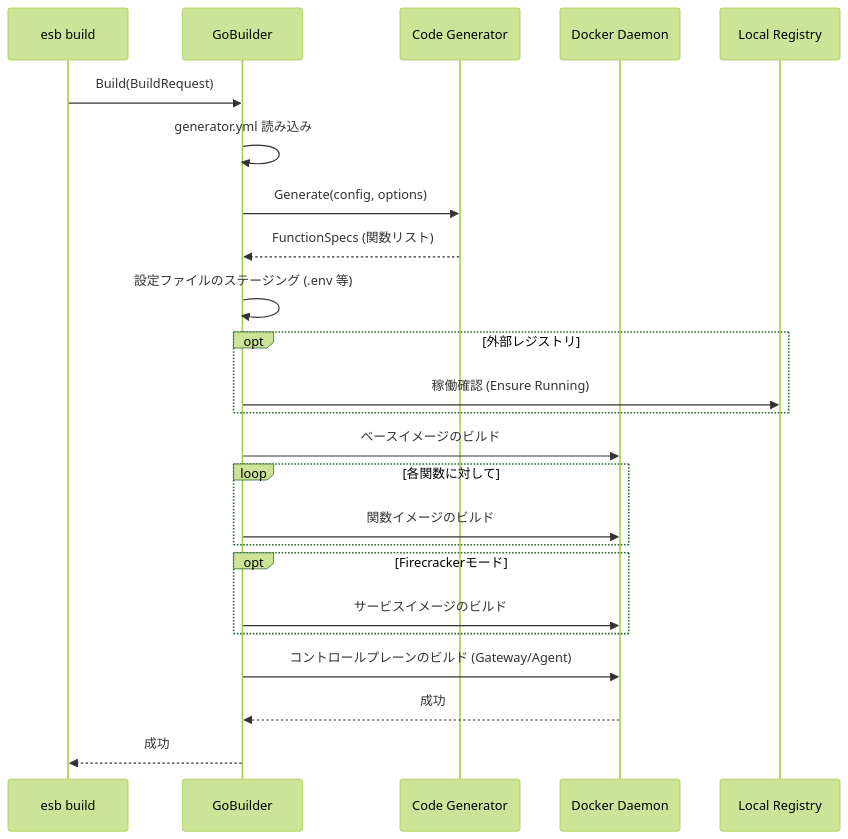
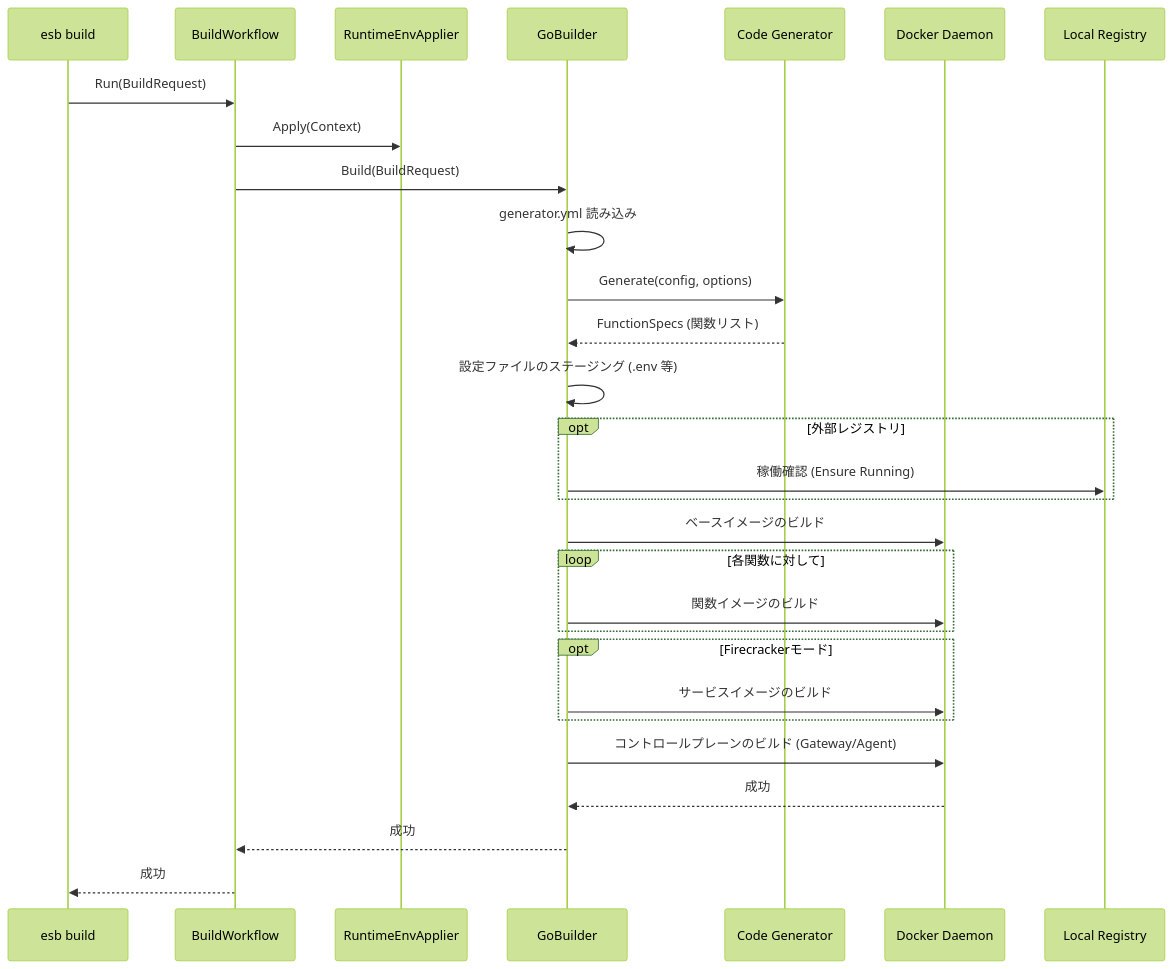
Before and after one commit to poruru-code/esb-cli: the diagram in docs/build.md, drawn with Mermaid (forest theme). The commit also changed other lines of this file and 9 other files, not shown here.

````diff
--- a/docs/build.md
+++ b/docs/build.md
@@ -52,34 +56,39 @@
 ```mermaid
 sequenceDiagram
     participant CLI as esb build
+    participant WF as BuildWorkflow
+    participant Env as RuntimeEnvApplier
     participant Builder as GoBuilder
     participant Generator as Code Generator
     participant Docker as Docker Daemon
     participant Registry as Local Registry
 
-    CLI->>Builder: Build(BuildRequest)
+    CLI->>WF: Run(BuildRequest)
+    WF->>Env: Apply(Context)
+    WF->>Builder: Build(BuildRequest)
     Builder->>Builder: generator.yml 読み込み
     Builder->>Generator: Generate(config, options)
     Generator-->>Builder: FunctionSpecs (関数リスト)
 
     Builder->>Builder: 設定ファイルのステージング (.env 等)
 
     opt 外部レジストリ
         Builder->>Registry: 稼働確認 (Ensure Running)
     end
 
     Builder->>Docker: ベースイメージのビルド
 
     loop 各関数に対して
         Builder->>Docker: 関数イメージのビルド
     end
 
     opt Firecrackerモード
         Builder->>Docker: サービスイメージのビルド
     end
 
     Builder->>Docker: コントロールプレーンのビルド (Gateway/Agent)
 
     Docker-->>Builder: 成功
-    Builder-->>CLI: 成功
+    Builder-->>WF: 成功
+    WF-->>CLI: 成功
 ```
````
